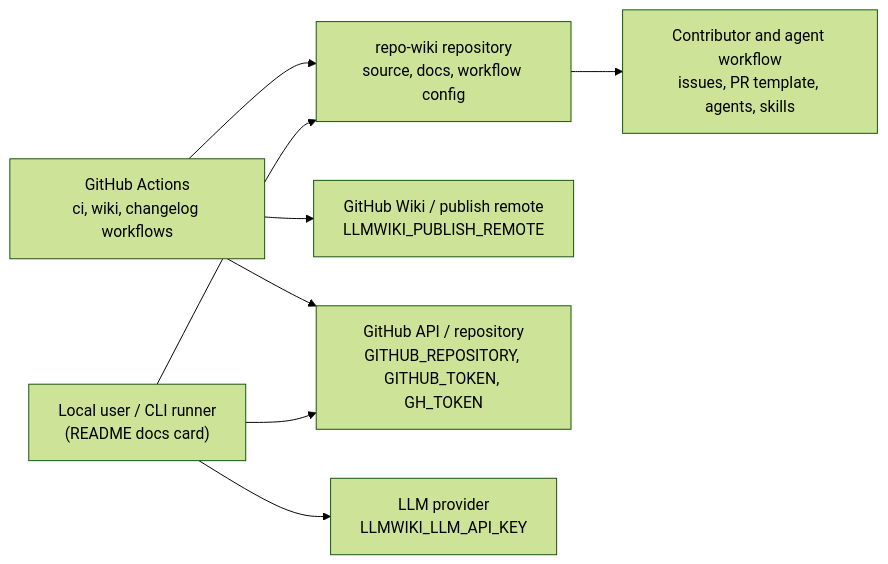
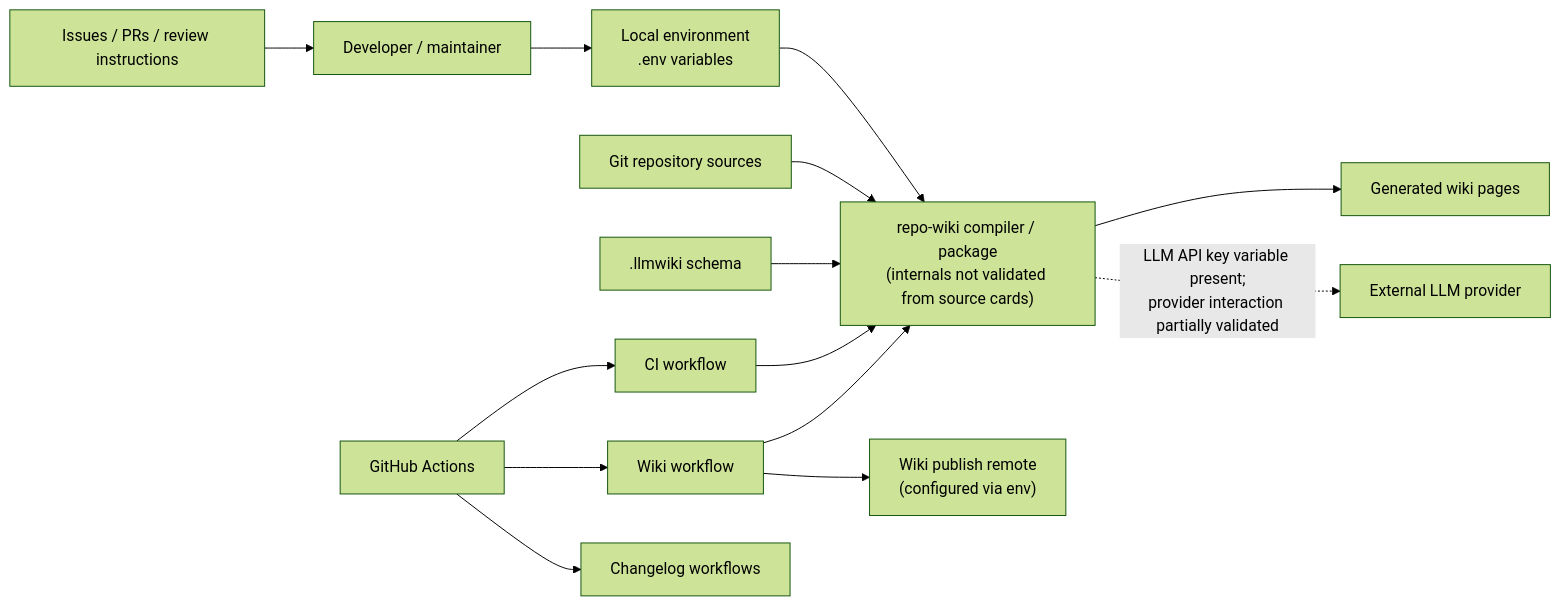
One commit to mfittko/repo-wiki changed the first of 3 diagrams in Architecture.md. Above: the diagram before and after it, drawn with Mermaid (forest theme). The commit also changed other lines of this file and 43 other files, not shown here.

Commit message:
Compile repository wiki 2026-05-14T06:53:49.910Z

````diff
--- a/Architecture.md
+++ b/Architecture.md
@@ -56,18 +53,21 @@
 ```mermaid
 flowchart LR
-  User["Local user / CLI runner<br/>(README docs card)"]
-  Actions["GitHub Actions<br/>ci, wiki, changelog workflows"]
-  Repo["repo-wiki repository<br/>source, docs, workflow config"]
-  Wiki["GitHub Wiki / publish remote<br/>LLMWIKI_PUBLISH_REMOTE"]
-  GitHub["GitHub API / repository<br/>GITHUB_REPOSITORY, GITHUB_TOKEN, GH_TOKEN"]
-  LLM["LLM provider<br/>LLMWIKI_LLM_API_KEY"]
-  Governance["Contributor and agent workflow<br/>issues, PR template, agents, skills"]
+    Dev["Developer / maintainer"] --> LocalEnv["Local environment<br/>.env variables"]
+    LocalEnv --> Tool["repo-wiki compiler / package<br/>(internals not validated from source cards)"]
 
-  User --> Repo
-  User --> GitHub
-  User --> LLM
-  Actions --> Repo
-  Actions --> GitHub
-  Actions --> Wiki
-  Repo --> Governance
+    Repo["Git repository sources"] --> Tool
+    Schema[".llmwiki schema"] --> Tool
+    Tool --> Wiki["Generated wiki pages"]
+
+    GH["GitHub Actions"] --> CI["CI workflow"]
+    GH --> WikiWorkflow["Wiki workflow"]
+    GH --> Changelog["Changelog workflows"]
+
+    CI --> Tool
+    WikiWorkflow --> Tool
+    WikiWorkflow --> WikiRemote["Wiki publish remote<br/>(configured via env)"]
+
+    Tool -. "LLM API key variable present;<br/>provider interaction partially validated" .-> LLM["External LLM provider"]
+
+    Issues["Issues / PRs / review instructions"] --> Dev
 ```
````
